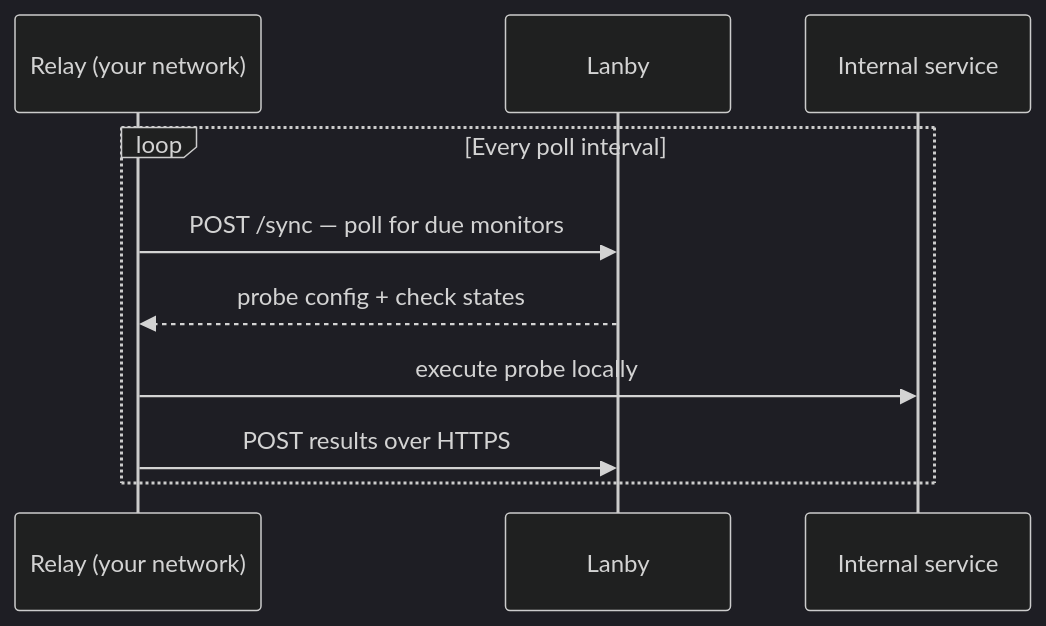
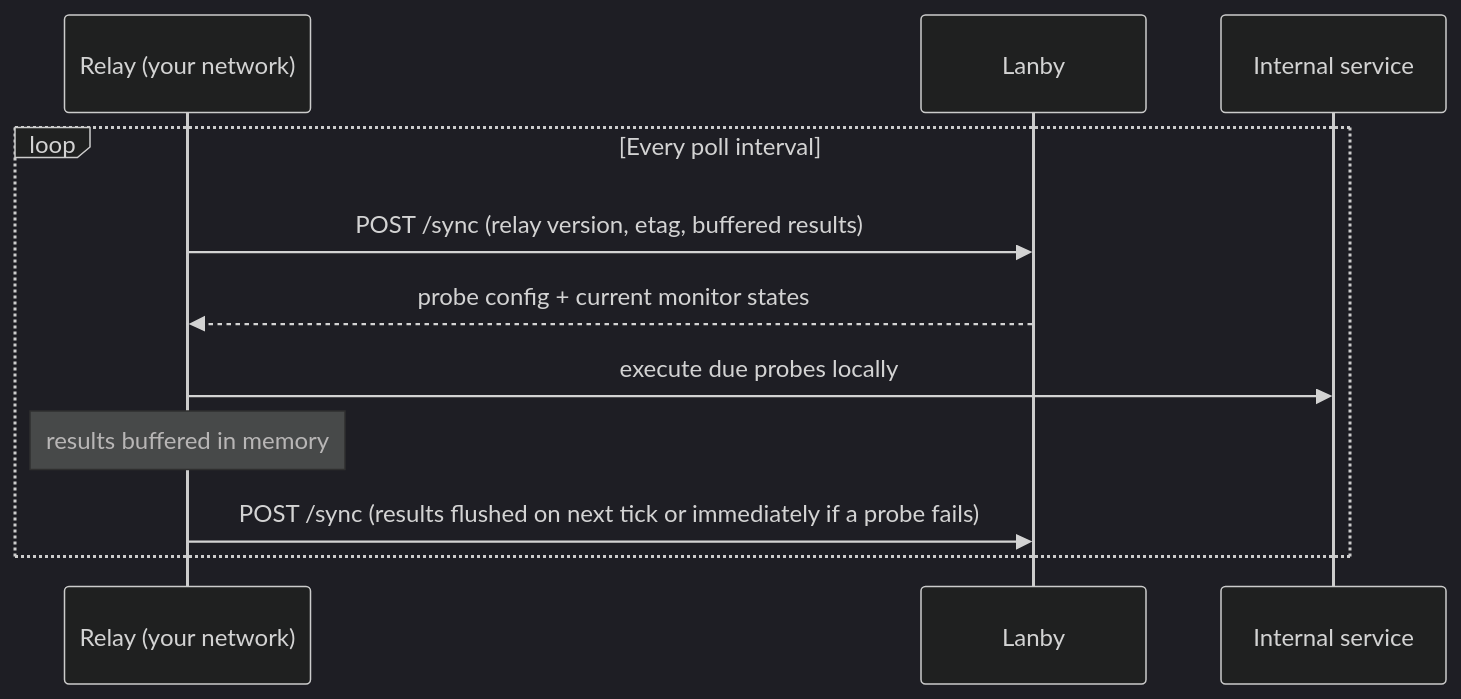
One commit to lanby-dev/lanby-docs changed the diagram in docs/relays.md. Above: the diagram before and after it, drawn with Mermaid (dark theme). The commit also changed other lines of this file and 4 other files, not shown here.

````diff
--- a/docs/relays.md
+++ b/docs/relays.md
@@ -15,13 +15,14 @@
 ```mermaid
 sequenceDiagram
     participant R as Relay (your network)
     participant L as Lanby
     participant S as Internal service
 
     loop Every poll interval
-        R->>L: POST /sync — poll for due monitors
-        L-->>R: probe config + check states
-        R->>S: execute probe locally
-        R->>L: POST results over HTTPS
+        R->>L: POST /sync (relay version, etag, buffered results)
+        L-->>R: probe config + current monitor states
+        R->>S: execute due probes locally
+        note over R: results buffered in memory
+        R->>L: POST /sync (results flushed on next tick or immediately if a probe fails)
     end
 ```
````
